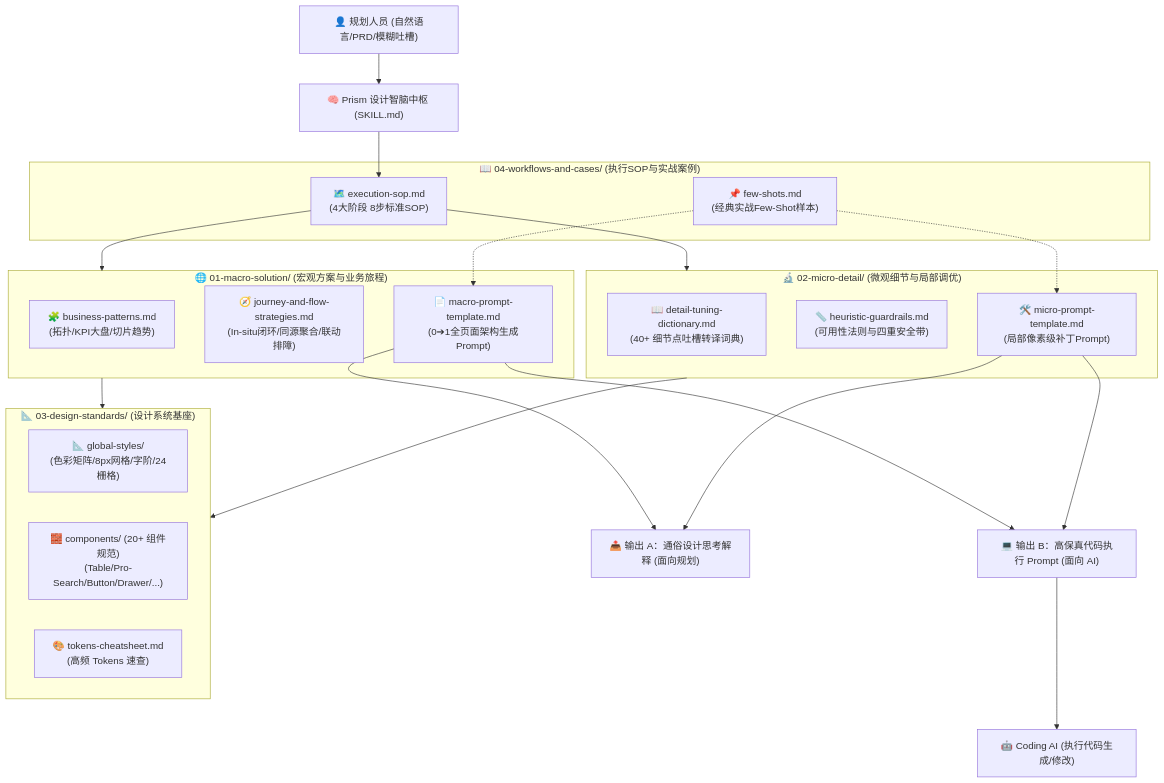
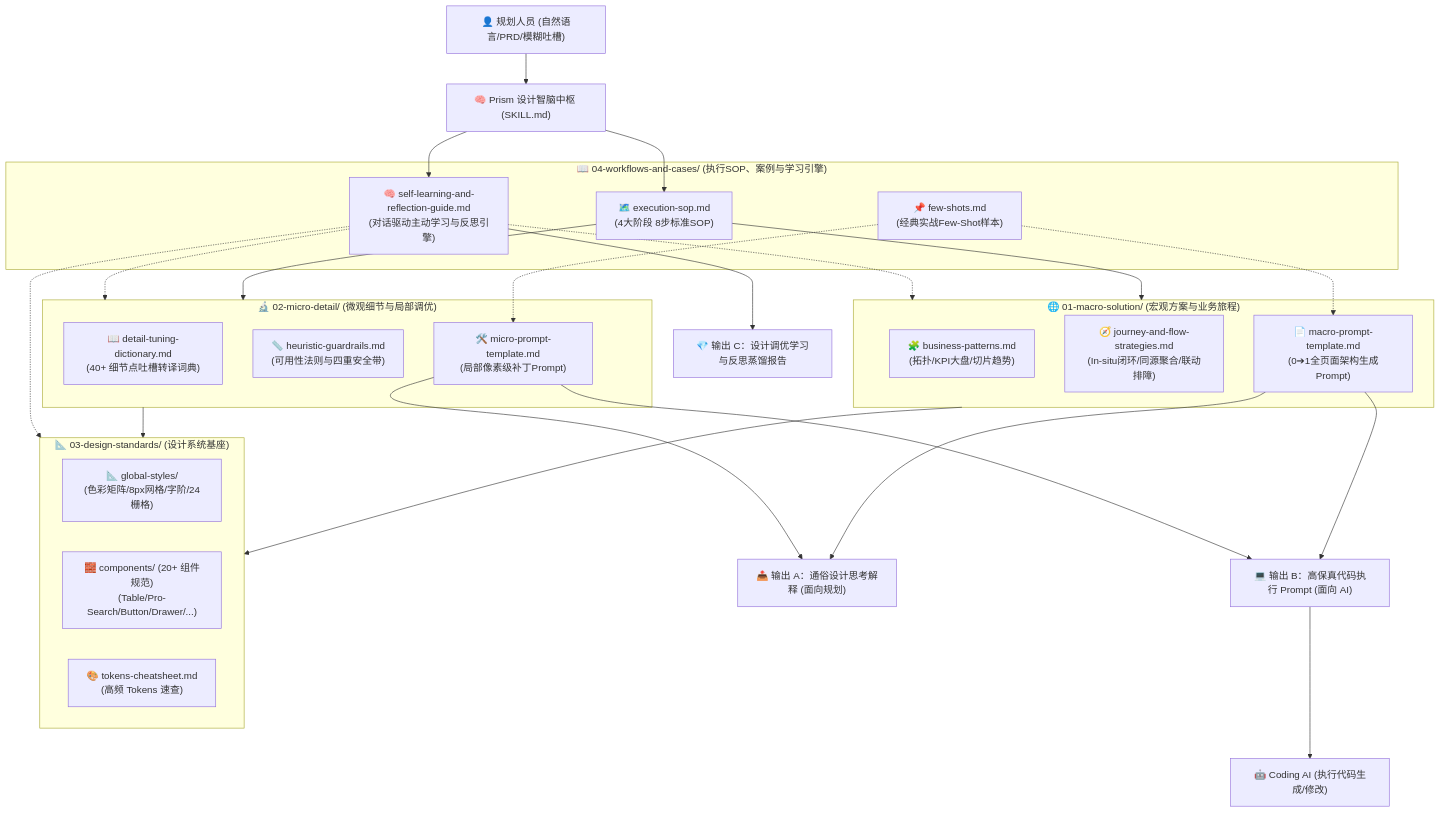
The diagram in SKILL.md (wangjue2026/skill-designer-prism), drawn with Mermaid before and after one commit. The commit also changed other lines of this file and 4 other files, not shown here.

````diff
--- a/SKILL.md
+++ b/SKILL.md
@@ -61,42 +61,48 @@
 ```mermaid
 graph TD
     User["👤 规划人员 (自然语言/PRD/模糊吐槽)"] --> Router["🧠 Prism 设计智脑中枢 (SKILL.md)"]
     
     subgraph MacroTrack ["🌐 01-macro-solution/ (宏观方案与业务旅程)"]
         MacroPatterns["🧩 business-patterns.md<br>(拓扑/KPI大盘/切片趋势)"]
         MacroStrategies["🧭 journey-and-flow-strategies.md<br>(In-situ闭环/同源聚合/联动排障)"]
         MacroTpl["📄 macro-prompt-template.md<br>(0➔1全页面架构生成Prompt)"]
     end
 
     subgraph MicroTrack ["🔬 02-micro-detail/ (微观细节与局部调优)"]
         MicroDict["📖 detail-tuning-dictionary.md<br>(40+ 细节点吐槽转译词典)"]
         MicroGuard["📏 heuristic-guardrails.md<br>(可用性法则与四重安全带)"]
         MicroTpl["🛠️ micro-prompt-template.md<br>(局部像素级补丁Prompt)"]
     end
 
     subgraph Standards ["📐 03-design-standards/ (设计系统基座)"]
         GlobalStyles["📐 global-styles/<br>(色彩矩阵/8px网格/字阶/24栅格)"]
         Components["🧱 components/ (20+ 组件规范)<br>(Table/Pro-Search/Button/Drawer/...)"]
         TokensCheatsheet["🎨 tokens-cheatsheet.md<br>(高频 Tokens 速查)"]
     end
 
-    subgraph Workflows ["📖 04-workflows-and-cases/ (执行SOP与实战案例)"]
+    subgraph Workflows ["📖 04-workflows-and-cases/ (执行SOP、案例与学习引擎)"]
         SOP["🗺️ execution-sop.md<br>(4大阶段 8步标准SOP)"]
         FewShots["📌 few-shots.md<br>(经典实战Few-Shot样本)"]
+        LearningGuide["🧠 self-learning-and-reflection-guide.md<br>(对话驱动主动学习与反思引擎)"]
     end
 
     Router --> SOP
+    Router --> LearningGuide
     SOP --> MacroTrack
     SOP --> MicroTrack
     MacroTrack --> Standards
     MicroTrack --> Standards
     FewShots -.-> MacroTpl
     FewShots -.-> MicroTpl
+    LearningGuide -.-> MacroTrack
+    LearningGuide -.-> MicroTrack
+    LearningGuide -.-> Standards
 
     MacroTpl --> OutputPlanner["📤 输出 A：通俗设计思考解释 (面向规划)"]
     MacroTpl --> OutputCoding["💻 输出 B：高保真代码执行 Prompt (面向 AI)"]
     MicroTpl --> OutputPlanner
     MicroTpl --> OutputCoding
+    LearningGuide --> OutputLearnReport["💎 输出 C：设计调优学习与反思蒸馏报告"]
     
     OutputCoding --> CodingAI["🤖 Coding AI (执行代码生成/修改)"]
 ```
````
